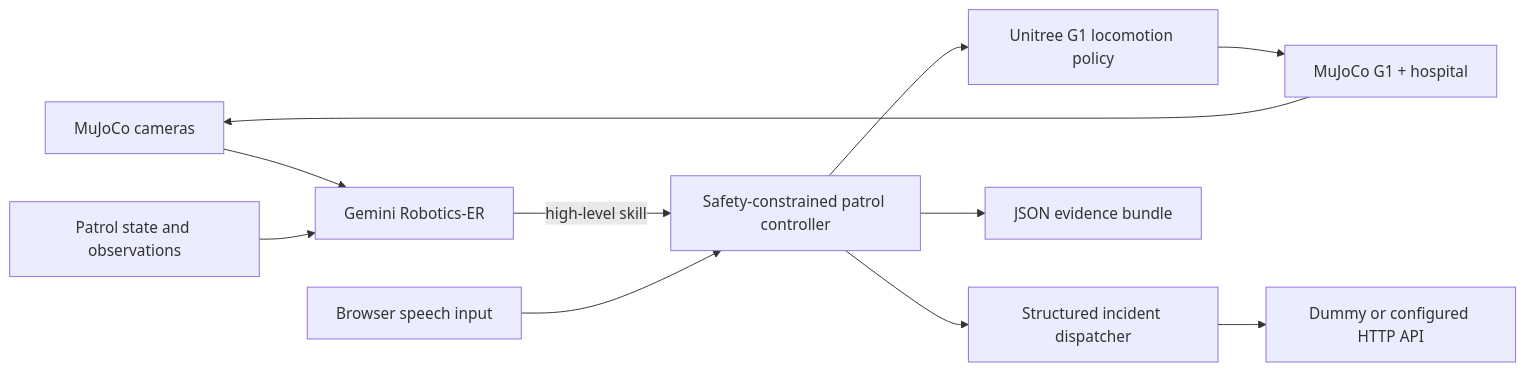
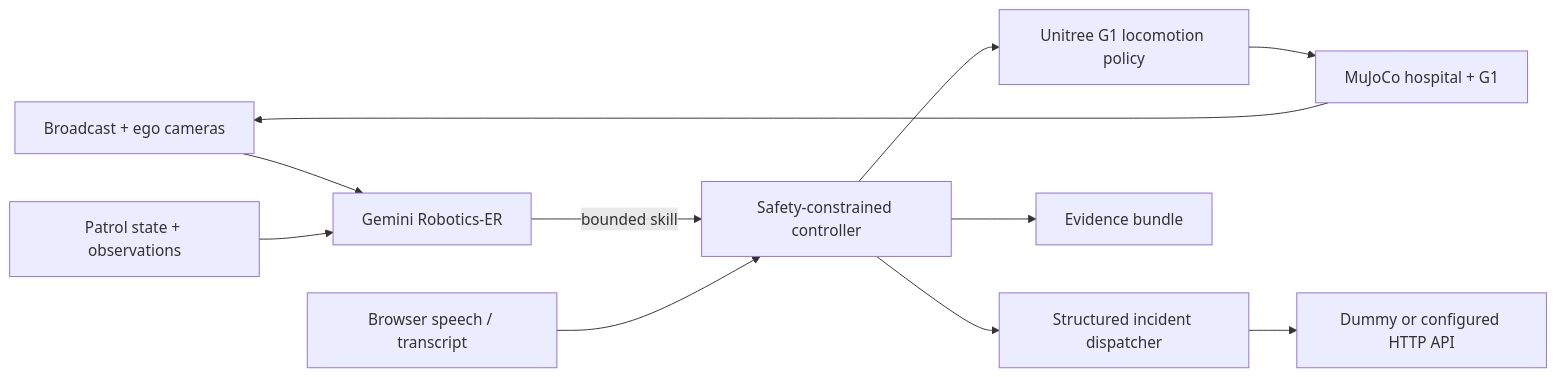
The diagram in README.md (KaushikSiva/baymax), drawn with Mermaid before and after one commit. The commit also changed other lines of this file and 14 other files, not shown here.

````diff
--- a/README.md
+++ b/README.md
@@ -30,13 +95,13 @@
 ```mermaid
 flowchart LR
-    C[MuJoCo cameras] --> G[Gemini Robotics-ER]
-    S[Patrol state and observations] --> G
-    G -->|high-level skill| A[Safety-constrained patrol controller]
-    A --> L[Unitree G1 locomotion policy]
-    L --> M[MuJoCo G1 + hospital]
-    M --> C
-    B[Browser speech input] --> A
-    A --> D[Structured incident dispatcher]
-    D --> H[Dummy or configured HTTP API]
-    A --> E[JSON evidence bundle]
+    CAM[Broadcast + ego cameras] --> ER[Gemini Robotics-ER]
+    STATE[Patrol state + observations] --> ER
+    ER -->|bounded skill| CTRL[Safety-constrained controller]
+    SPEECH[Browser speech / transcript] --> CTRL
+    CTRL --> POLICY[Unitree G1 locomotion policy]
+    POLICY --> SIM[MuJoCo hospital + G1]
+    SIM --> CAM
+    CTRL --> API[Structured incident dispatcher]
+    API --> DEST[Dummy or configured HTTP API]
+    CTRL --> EVIDENCE[Evidence bundle]
 ```
````
